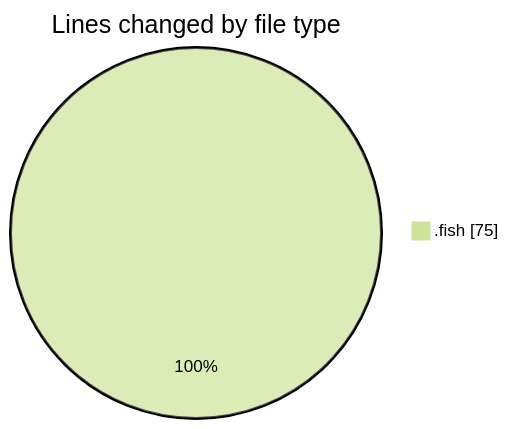
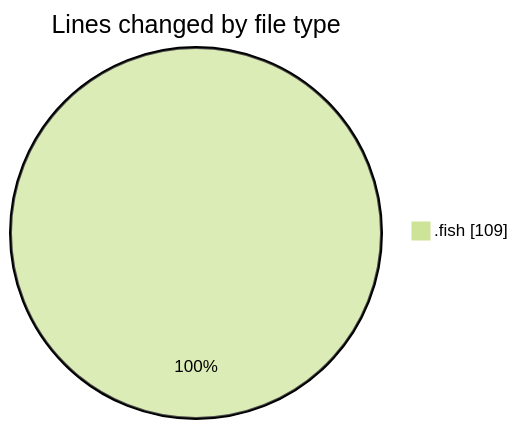
Before and after one commit to EIIisD/code-tracking: the first of 2 diagrams in 2025-07-27/fish/README.md, drawn with Mermaid (forest theme). The commit also changed other lines of this file and 1 other file, not shown here.

````diff
--- a/2025-07-27/fish/README.md
+++ b/2025-07-27/fish/README.md
@@ -20,5 +21,5 @@
 ```mermaid
 pie showData
 title Lines changed by file type
-".fish" : 75
+".fish" : 109
 ```
````
